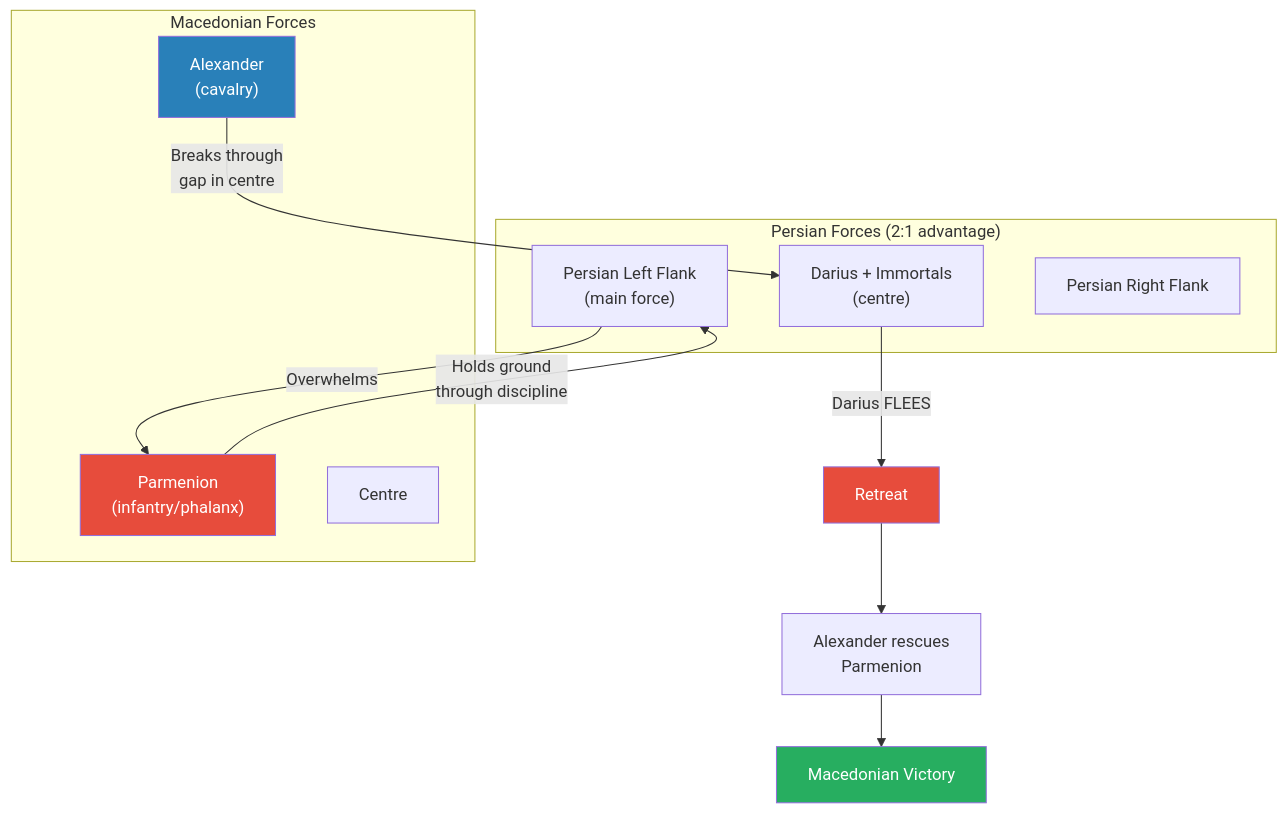
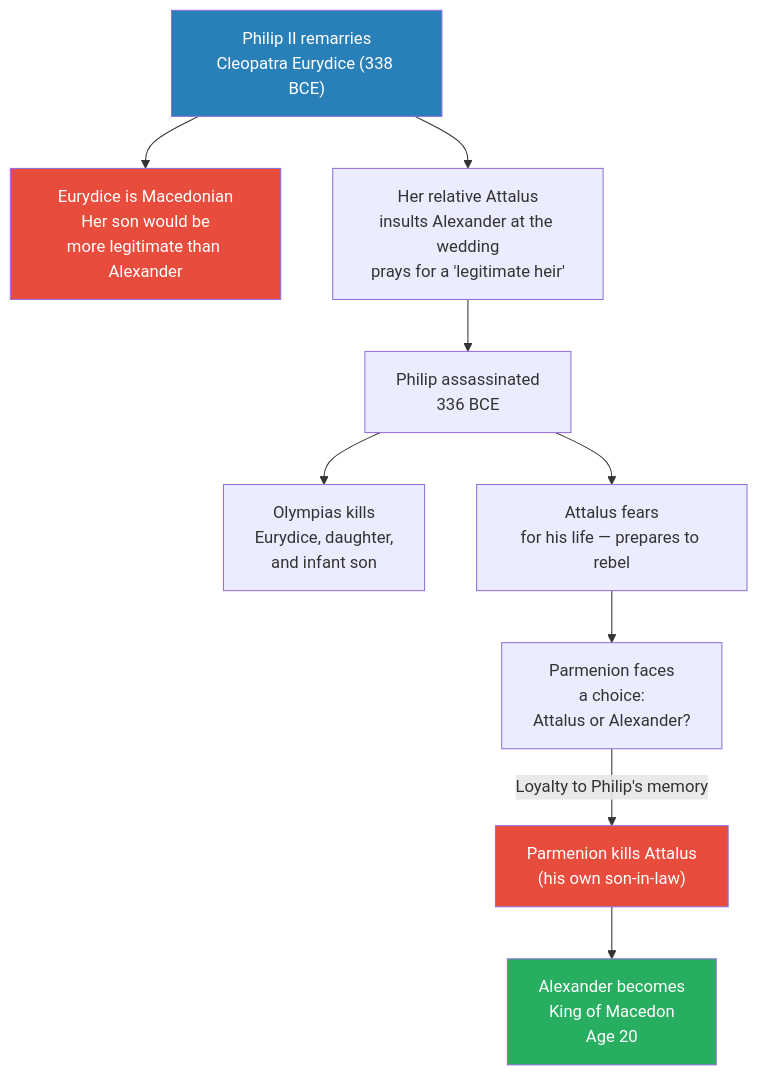
One commit to alius33/reader changed the second of 7 diagrams in summaries/Lectures/Civilization/12 - The Tyranny of Alexander the Great.md. Above: the diagram before and after it, drawn with Mermaid. The commit also changed other lines of this file and 26 other files, not shown here.

````diff
--- a/summaries/Lectures/Civilization/12 - The Tyranny of Alexander the Great.md
+++ b/summaries/Lectures/Civilization/12 - The Tyranny of Alexander the Great.md
@@ -149,23 +94,16 @@
 ```mermaid
 flowchart TB
-    subgraph Persian["Persian Forces (2:1 advantage)"]
-        PL["Persian Left Flank<br/>(main force)"]
-        PC["Darius + Immortals<br/>(centre)"]
-        PR["Persian Right Flank"]
-    end
-    subgraph Macedonian["Macedonian Forces"]
-        ML["Parmenion<br/>(infantry/phalanx)"]
-        MC["Centre"]
-        MR["Alexander<br/>(cavalry)"]
-    end
-    PL -->|"Overwhelms"| ML
-    ML -->|"Holds ground<br/>through discipline"| PL
-    MR -->|"Breaks through<br/>gap in centre"| PC
-    PC -->|"Darius FLEES"| R["Retreat"]
-    R --> MR2["Alexander rescues<br/>Parmenion"]
-    MR2 --> V["Macedonian Victory"]
-    style ML fill:#e74c3c,color:#fff
-    style MR fill:#2980b9,color:#fff
-    style V fill:#27ae60,color:#fff
-    style R fill:#e74c3c,color:#fff
+    PM["Philip II remarries<br/>Cleopatra Eurydice (338 BCE)"]
+    PM --> C1["Eurydice is Macedonian<br/>Her son would be<br/>more legitimate than Alexander"]
+    PM --> C2["Her relative Attalus<br/>insults Alexander at the wedding<br/>prays for a 'legitimate heir'"]
+    C2 --> C3["Philip assassinated<br/>336 BCE"]
+    C3 --> O["Olympias kills<br/>Eurydice, daughter,<br/>and infant son"]
+    C3 --> A["Attalus fears<br/>for his life — prepares to rebel"]
+    A --> PA["Parmenion faces<br/>a choice:<br/>Attalus or Alexander?"]
+    PA -->|"Loyalty to Philip's memory"| K["Parmenion kills Attalus<br/>(his own son-in-law)"]
+    K --> AK["Alexander becomes<br/>King of Macedon<br/>Age 20"]
+    style PM fill:#2980b9,color:#fff
+    style C1 fill:#e74c3c,color:#fff
+    style AK fill:#27ae60,color:#fff
+    style K fill:#e74c3c,color:#fff
 ```
````
